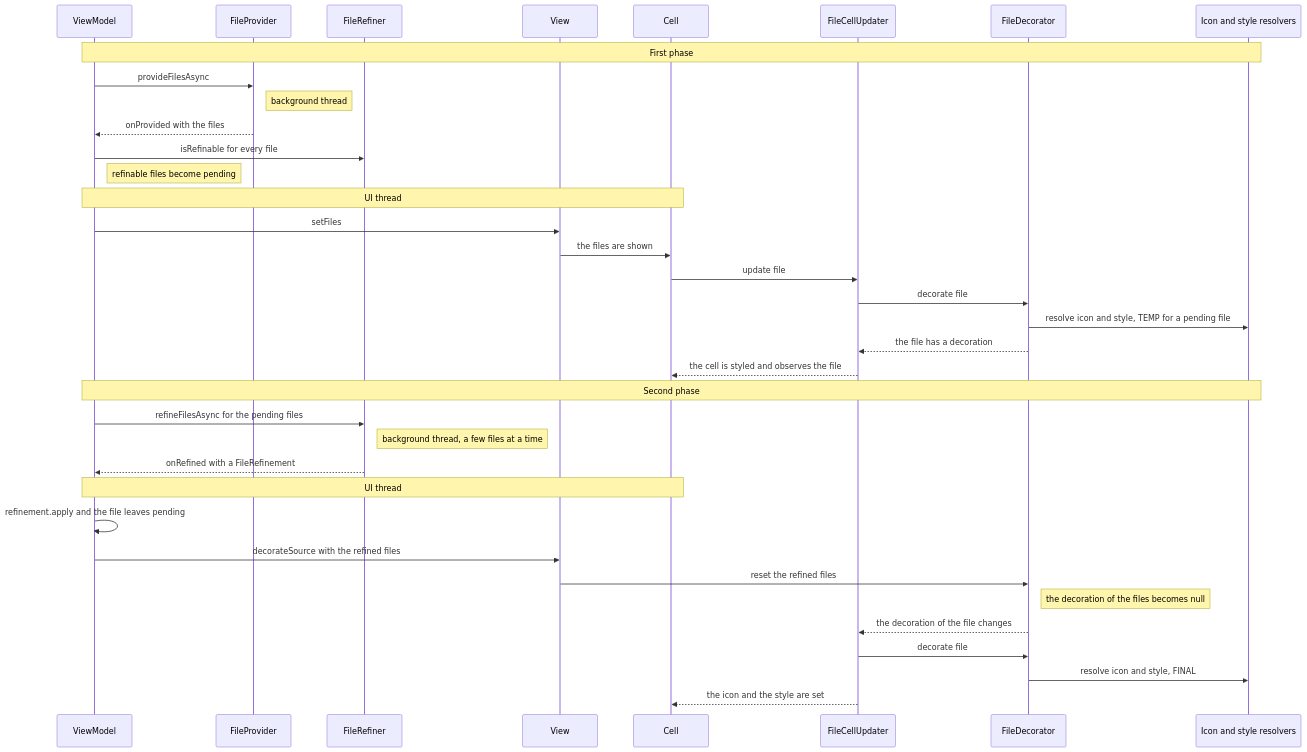
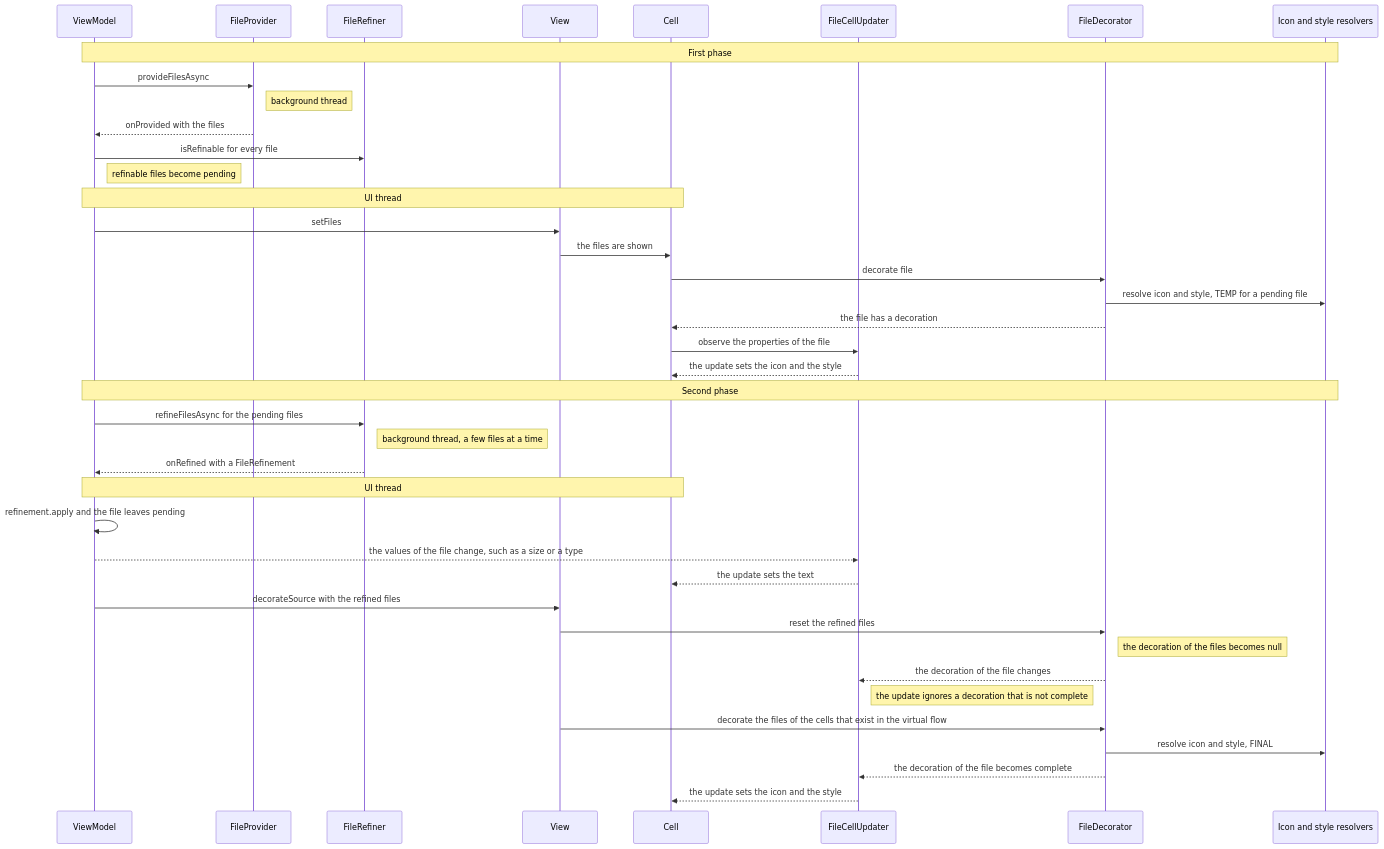
One commit to techsenger/shellfx changed the second of 3 diagrams in README.md. Above: the diagram before and after it, drawn with Mermaid. The commit also changed other lines of this file and 9 other files, not shown here.

Commit message:
Decorate files outside of FileCellUpdater

````diff
--- a/README.md
+++ b/README.md
@@ -1169,40 +1169,44 @@
 ```mermaid
 sequenceDiagram
     participant VM as ViewModel
     participant P as FileProvider
     participant R as FileRefiner
     participant V as View
     participant C as Cell
     participant S as FileCellUpdater
     participant D as FileDecorator
     participant X as Icon and style resolvers
 
     Note over VM,X: First phase
     VM->>P: provideFilesAsync
     Note right of P: background thread
     P-->>VM: onProvided with the files
     VM->>R: isRefinable for every file
     Note right of VM: refinable files become pending
     Note over VM,C: UI thread
     VM->>V: setFiles
     V->>C: the files are shown
-    C->>S: update file
-    S->>D: decorate file
+    C->>D: decorate file
     D->>X: resolve icon and style, TEMP for a pending file
-    D-->>S: the file has a decoration
-    S-->>C: the cell is styled and observes the file
+    D-->>C: the file has a decoration
+    C->>S: observe the properties of the file
+    S-->>C: the update sets the icon and the style
 
     Note over VM,X: Second phase
     VM->>R: refineFilesAsync for the pending files
     Note right of R: background thread, a few files at a time
     R-->>VM: onRefined with a FileRefinement
     Note over VM,C: UI thread
     VM->>VM: refinement.apply and the file leaves pending
+    VM-->>S: the values of the file change, such as a size or a type
+    S-->>C: the update sets the text
     VM->>V: decorateSource with the refined files
     V->>D: reset the refined files
     Note right of D: the decoration of the files becomes null
     D-->>S: the decoration of the file changes
-    S->>D: decorate file
+    Note right of S: the update ignores a decoration that is not complete
+    V->>D: decorate the files of the cells that exist in the virtual flow
     D->>X: resolve icon and style, FINAL
-    S-->>C: the icon and the style are set
+    D-->>S: the decoration of the file becomes complete
+    S-->>C: the update sets the icon and the style
 ```
````
